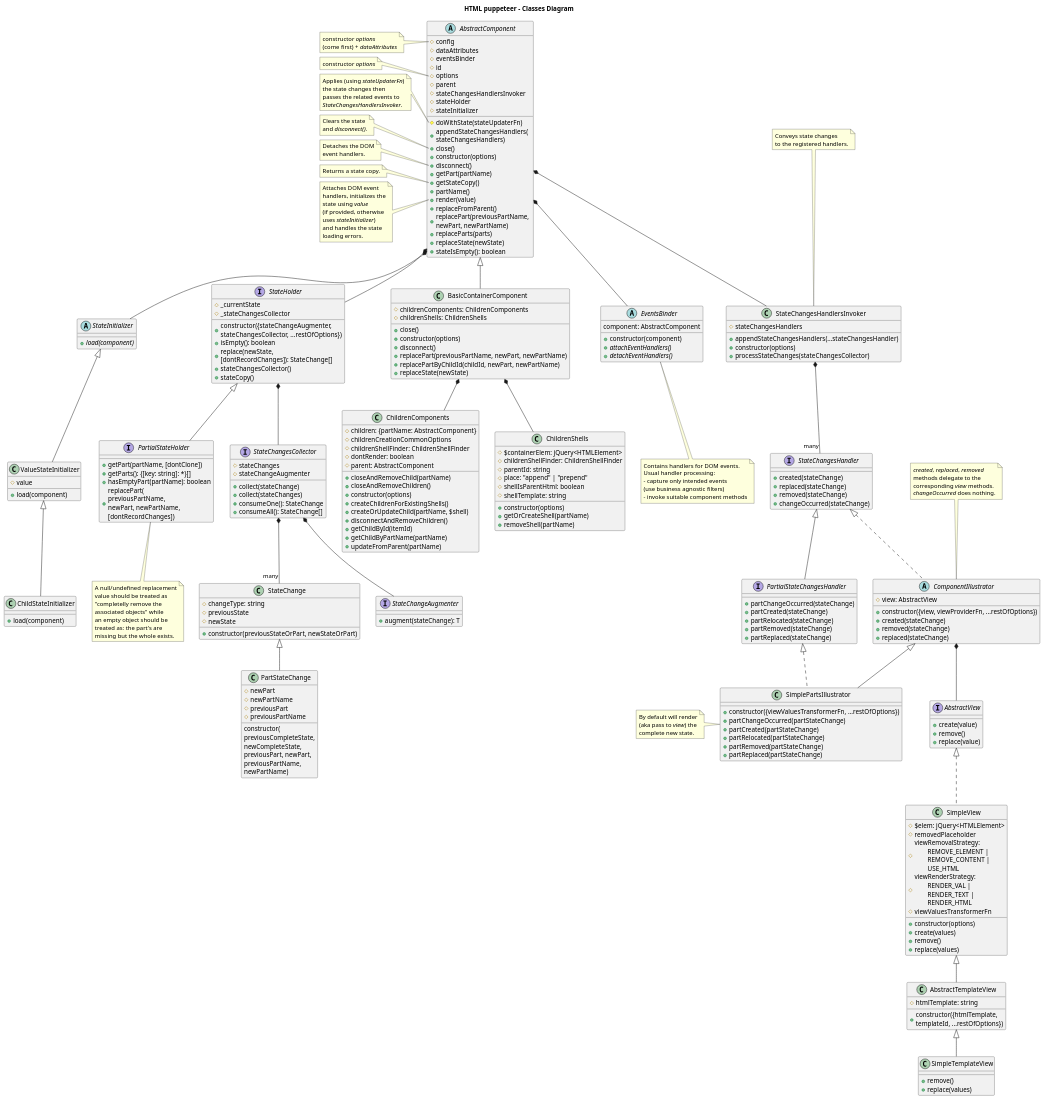
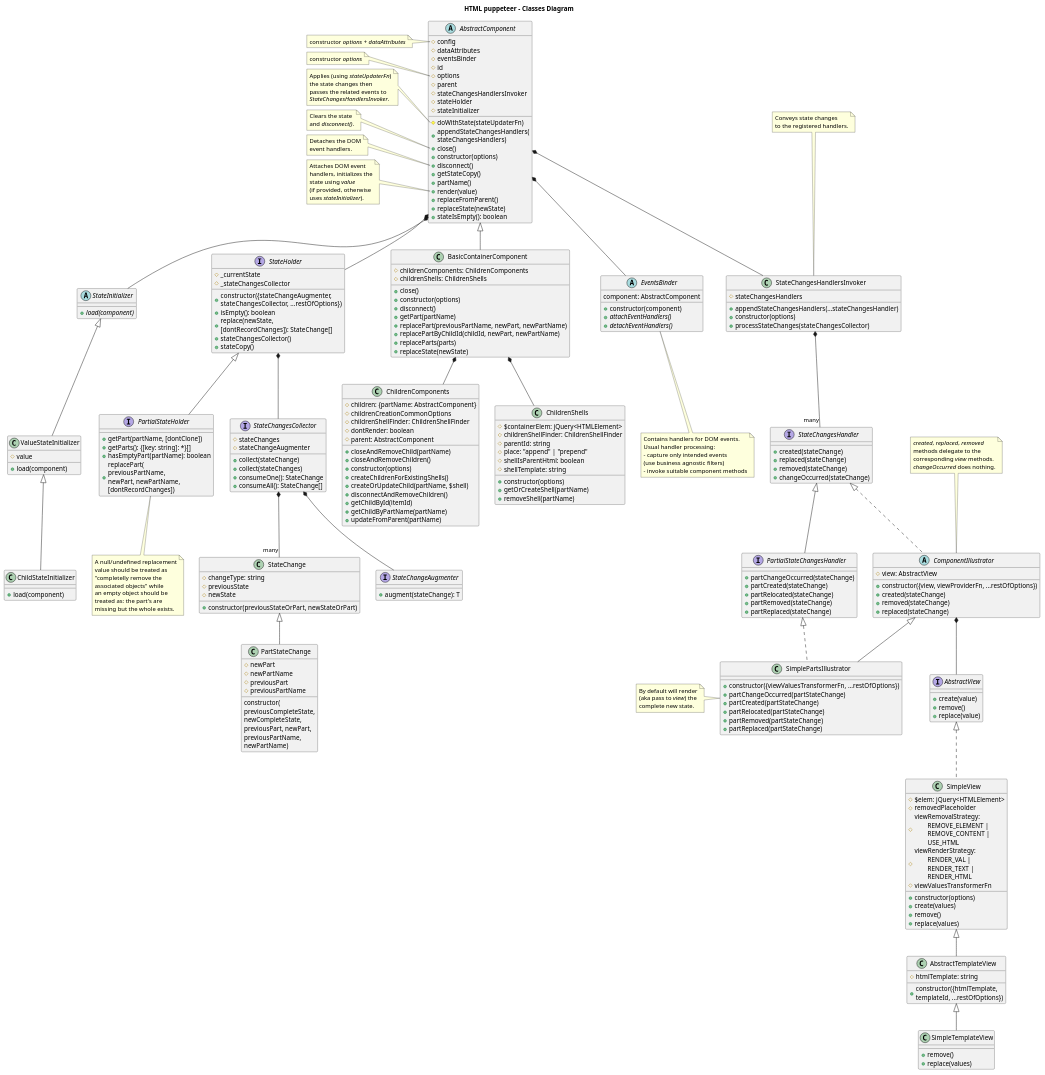
One commit to adrhc/html-puppeteer changed the diagram in design/classes-diagram.puml. Above: the diagram before and after it, drawn with PlantUML. The commit also changed 1 other file, not shown here.

Commit message:
classes-diagram.puml update classes-diagram-HTML_puppeteer___Classes_Diagram.png

```diff
--- a/design/classes-diagram.puml
+++ b/design/classes-diagram.puml
@@ -17,20 +17,16 @@
   +close()
   +constructor(options)
   +disconnect()
-  +getPart(partName)
   +getStateCopy()
   +partName()
   +render(value)
   +replaceFromParent()
-  +replacePart(previousPartName, \nnewPart, newPartName)
-  +replaceParts(parts)
   +replaceState(newState)
   +stateIsEmpty(): boolean
 }
 
 note left of AbstractComponent::config
-constructor <i>options</i>
-(come first) + <i>dataAttributes</i>
+constructor <i>options</i> + <i>dataAttributes</i>
 end note
 
 note left of AbstractComponent::options
@@ -54,18 +50,12 @@
 event handlers.
 end note
 
-note left of AbstractComponent::getState
-Returns a state copy.
-end note
-
 note left of AbstractComponent::"render(value)"
 Attaches DOM event
 handlers, initializes the
 state using <i>value</i>
 (if provided, otherwise
-uses <i>stateInitializer</i>)
-and handles the state
-loading errors.
+uses <i>stateInitializer</i>).
 end note
 
 class ChildrenShells {
@@ -201,8 +191,10 @@
   +close()
   +constructor(options)
   +disconnect()
+  +getPart(partName)
   +replacePart(previousPartName, newPart, newPartName)
   +replacePartByChildId(childId, newPart, newPartName)
+  +replaceParts(parts)
   +replaceState(newState)
 }
 
```
